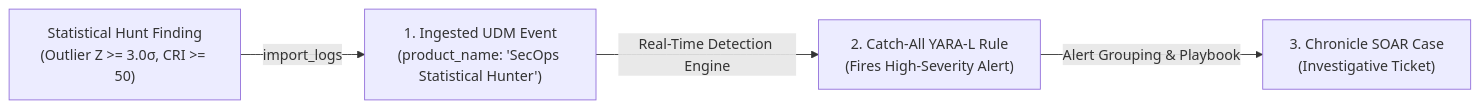
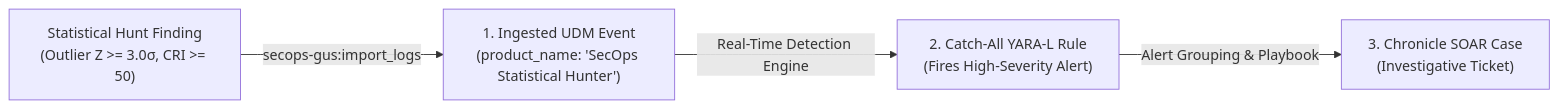
The diagram in references/clean-handoff-udm-schema.md (GooGKush/secops-statistical-hunter), drawn with Mermaid before and after one commit. The commit also changed other lines of this file and 5 other files, not shown here.

````diff
--- a/references/clean-handoff-udm-schema.md
+++ b/references/clean-handoff-udm-schema.md
@@ -14,6 +16,6 @@
 ```mermaid
 flowchart LR
-    A["Statistical Hunt Finding<br>(Outlier Z >= 3.0σ, CRI >= 50)"] -->|import_logs| B["1. Ingested UDM Event<br>(product_name: 'SecOps Statistical Hunter')"]
+    A["Statistical Hunt Finding<br>(Outlier Z >= 3.0σ, CRI >= 50)"] -->|secops-gus:import_logs| B["1. Ingested UDM Event<br>(product_name: 'SecOps Statistical Hunter')"]
     B -->|Real-Time Detection Engine| C["2. Catch-All YARA-L Rule<br>(Fires High-Severity Alert)"]
     C -->|Alert Grouping & Playbook| D["3. Chronicle SOAR Case<br>(Investigative Ticket)"]
 ```
````
